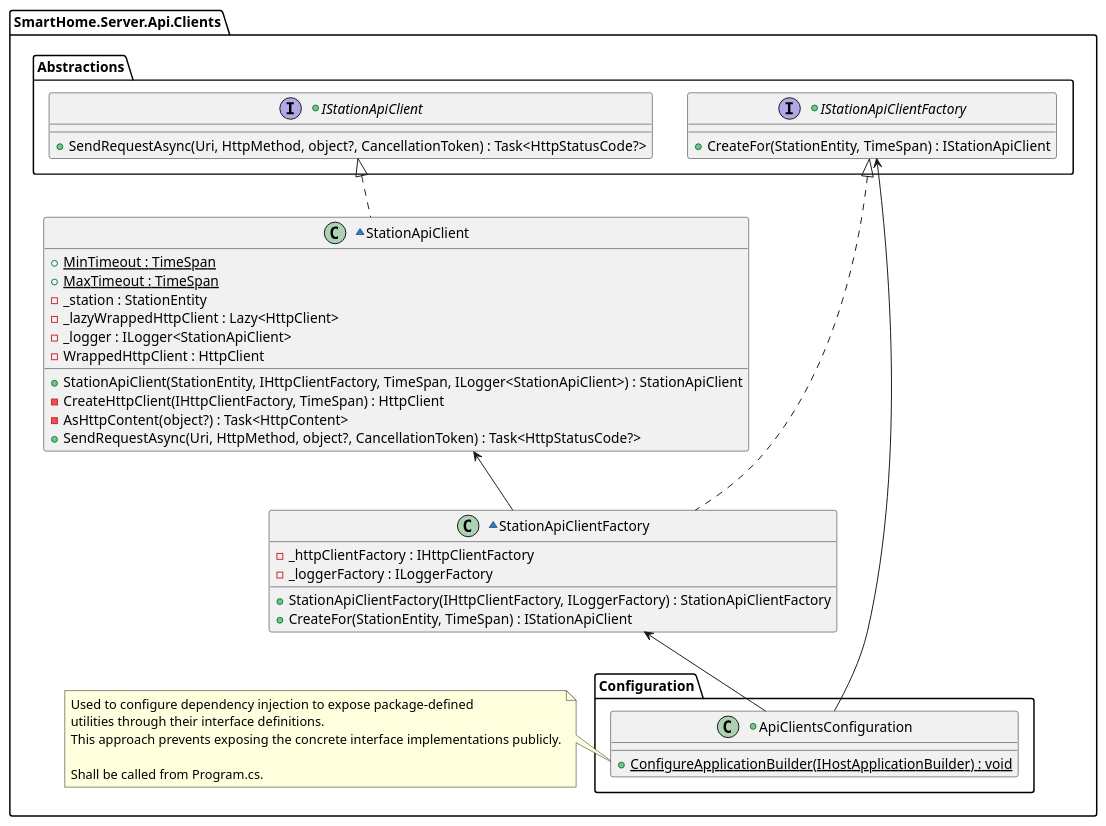
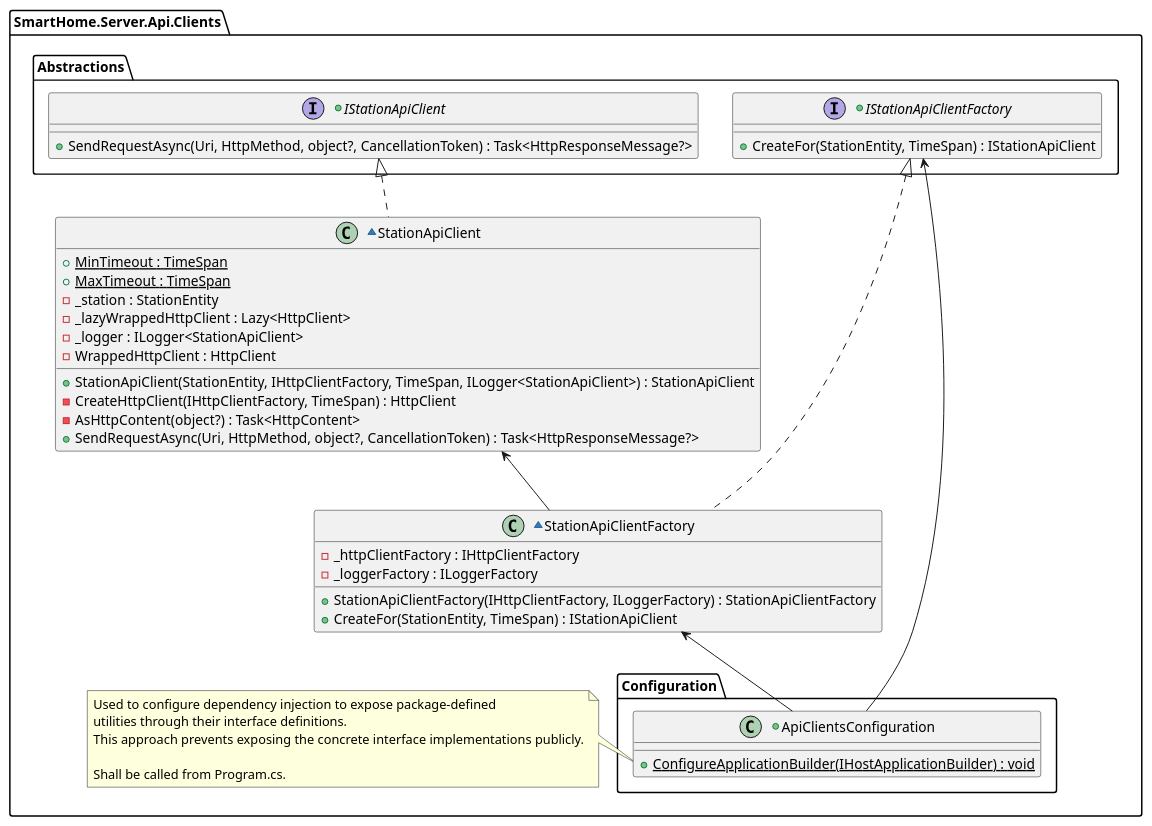
The diagram in doc/Server/uml/src/modules/SmartHome.Server.Api.Clients.pu (JakubMiodunka/smart-home), drawn with PlantUML before and after one commit. The commit also changed 11 other files, not shown here.

Commit message:
[#33] Updating UML diagrams.

```diff
--- a/doc/Server/uml/src/modules/SmartHome.Server.Api.Clients.pu
+++ b/doc/Server/uml/src/modules/SmartHome.Server.Api.Clients.pu
@@ -1,55 +1,55 @@
 @startuml
 
-package "SmartHome.Server.Api.Clients" as ApiClient {
+package "SmartHome.Server.Api.Clients" as ApiClients {
     package Abstractions {
         +interface IStationApiClient {
-            +SendRequestAsync(Uri, HttpMethod, object?, CancellationToken) : Task<HttpStatusCode?>
+            +SendRequestAsync(Uri, HttpMethod, object?, CancellationToken) : Task<HttpResponseMessage?>
         }
 
         +interface IStationApiClientFactory {
             +CreateFor(StationEntity, TimeSpan) : IStationApiClient
         }
     }
 
     package Configuration {
         +class ApiClientsConfiguration {
             +{static} ConfigureApplicationBuilder(IHostApplicationBuilder) : void
         }
     }
 
     ~class StationApiClient {
         +{static} MinTimeout : TimeSpan
         +{static} MaxTimeout : TimeSpan
         -_station : StationEntity
         -_lazyWrappedHttpClient : Lazy<HttpClient>
         -_logger : ILogger<StationApiClient>
         -WrappedHttpClient : HttpClient
         +StationApiClient(StationEntity, IHttpClientFactory, TimeSpan, ILogger<StationApiClient>) : StationApiClient
         -CreateHttpClient(IHttpClientFactory, TimeSpan) : HttpClient
         -AsHttpContent(object?) : Task<HttpContent>
-        +SendRequestAsync(Uri, HttpMethod, object?, CancellationToken) : Task<HttpStatusCode?>
+        +SendRequestAsync(Uri, HttpMethod, object?, CancellationToken) : Task<HttpResponseMessage?>
     }
 
     ~class StationApiClientFactory {
         -_httpClientFactory : IHttpClientFactory
         -_loggerFactory : ILoggerFactory
         +StationApiClientFactory(IHttpClientFactory, ILoggerFactory) : StationApiClientFactory
         +CreateFor(StationEntity, TimeSpan) : IStationApiClient
     }
 
     IStationApiClientFactory <|.. StationApiClientFactory
     IStationApiClient <|.. StationApiClient
     StationApiClient <-- StationApiClientFactory
     IStationApiClientFactory <-- ApiClientsConfiguration
     StationApiClientFactory <-- ApiClientsConfiguration
 
     note left of ApiClientsConfiguration::ConfigureApplicationBuilder
         Used to configure dependency injection to expose package-defined 
         utilities through their interface definitions.
         This approach prevents exposing the concrete interface implementations publicly.
         
         Shall be called from Program.cs.
     end note
 }
 
 @enduml
```
